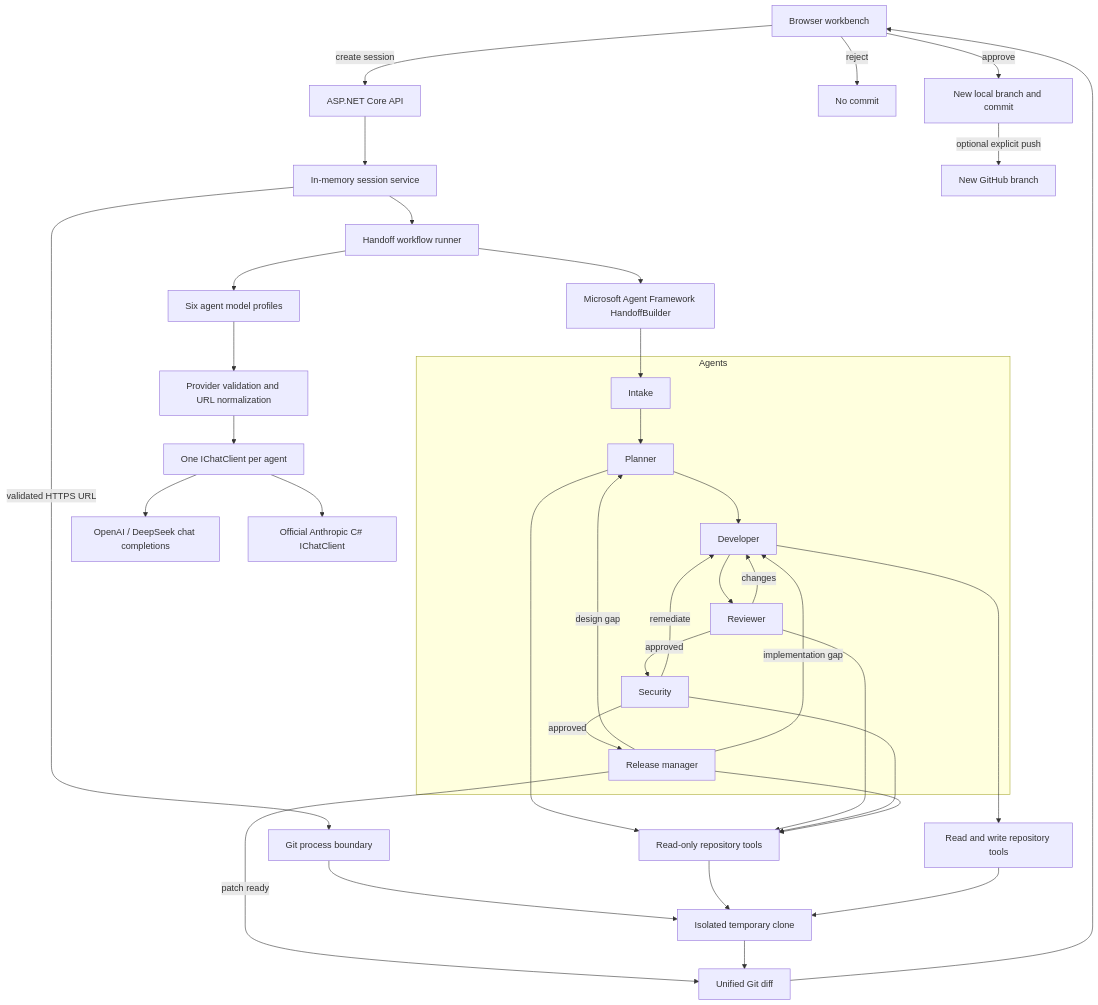
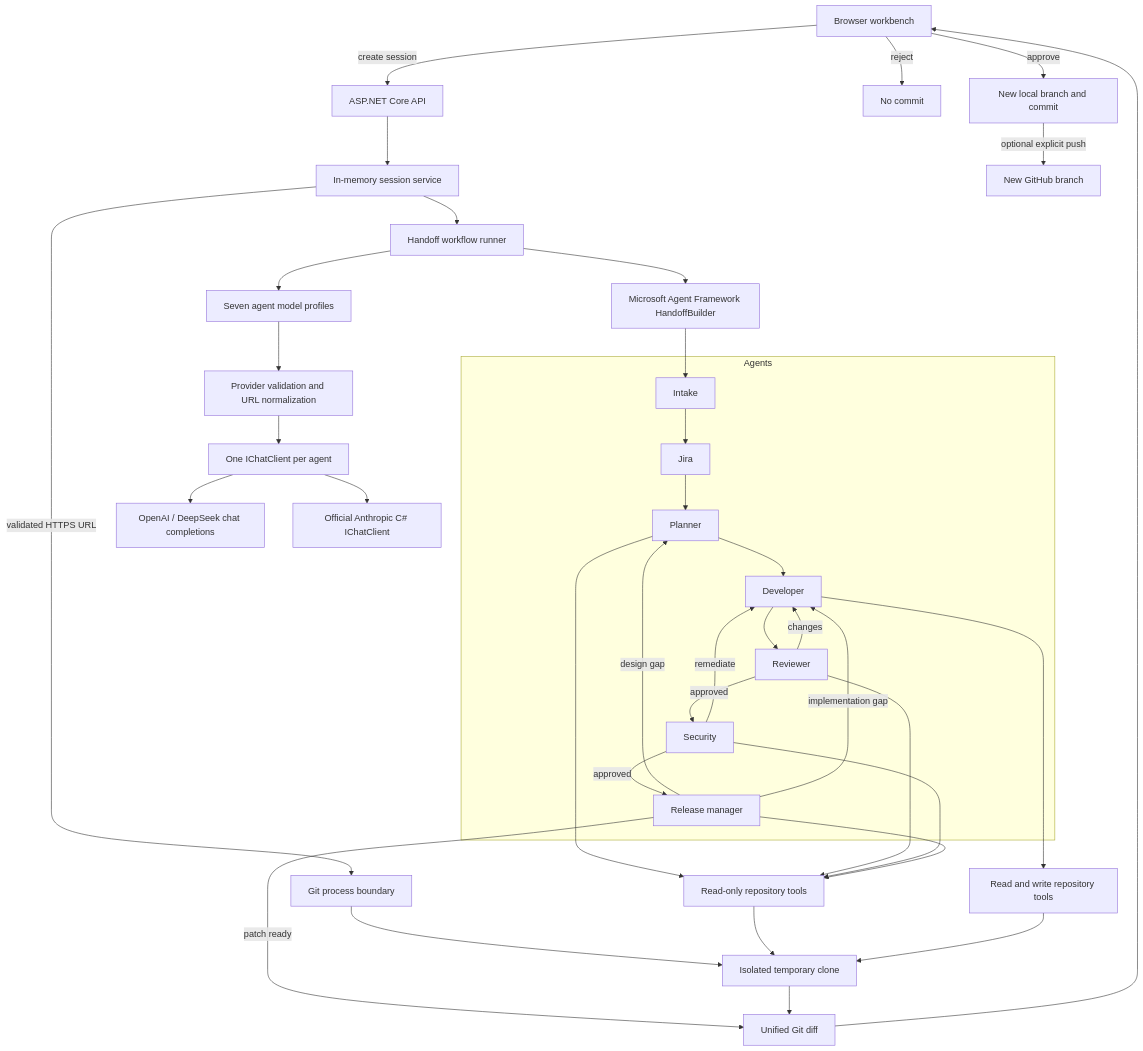
Before and after one commit to arash7388/Xbank.DevAgent: the diagram in CSharp/docs/architecture.md, drawn with Mermaid. The commit also changed other lines of this file and 20 other files, not shown here.

````diff
--- a/CSharp/docs/architecture.md
+++ b/CSharp/docs/architecture.md
@@ -3,43 +3,44 @@
 ```mermaid
 flowchart TB
     UI[Browser workbench] -->|create session| API[ASP.NET Core API]
     API --> SS[In-memory session service]
     SS -->|validated HTTPS URL| GIT[Git process boundary]
     GIT --> CLONE[Isolated temporary clone]
 
     SS --> RUN[Handoff workflow runner]
-    RUN --> PROFILES[Six agent model profiles]
+    RUN --> PROFILES[Seven agent model profiles]
     PROFILES --> PROVIDER[Provider validation and URL normalization]
     PROVIDER --> CLIENT[One IChatClient per agent]
     CLIENT --> OPENAI[OpenAI / DeepSeek chat completions]
     CLIENT --> CLAUDE[Official Anthropic C# IChatClient]
     RUN --> FLOW[Microsoft Agent Framework HandoffBuilder]
 
     subgraph Agents
-      O[Intake] --> P[Planner]
+      O[Intake] --> J[Jira]
+      J --> P[Planner]
       P --> D[Developer]
       D --> R[Reviewer]
       R -->|changes| D
       R -->|approved| S[Security]
       S -->|remediate| D
       S -->|approved| RM[Release manager]
       RM -->|design gap| P
       RM -->|implementation gap| D
     end
 
     FLOW --> O
     P --> READ[Read-only repository tools]
     R --> READ
     S --> READ
     RM --> READ
     D --> EDIT[Read and write repository tools]
     READ --> CLONE
     EDIT --> CLONE
 
     RM -->|patch ready| DIFF[Unified Git diff]
     CLONE --> DIFF
     DIFF --> UI
     UI -->|reject| REJECT[No commit]
     UI -->|approve| COMMIT[New local branch and commit]
     COMMIT -->|optional explicit push| REMOTE[New GitHub branch]
 ```
````
